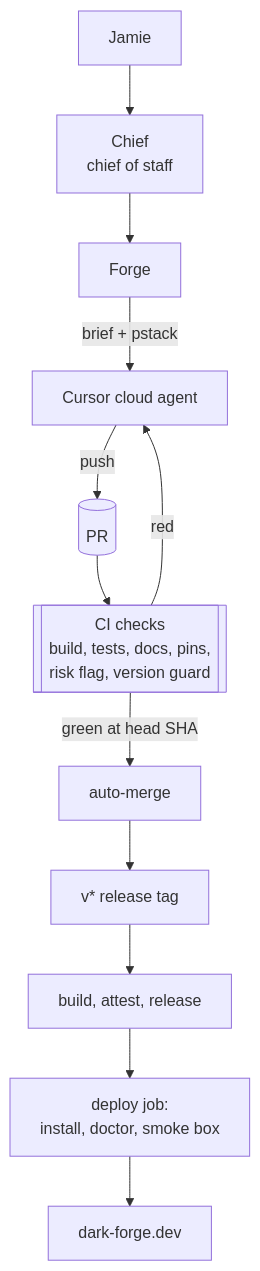
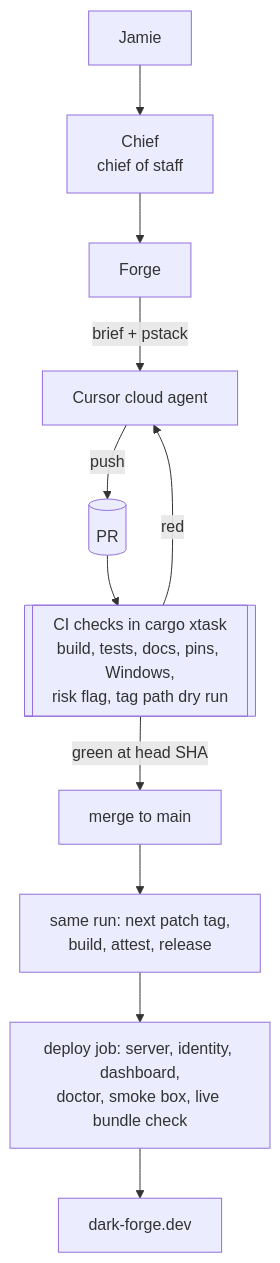
Before and after one commit to Jabbslad/jamie.codes: the second of 3 diagrams in content/posts/grok-bot-agents-prs.md, drawn with Mermaid. The commit also changed other lines of this file and 4 other files, not shown here.

````diff
--- a/content/posts/grok-bot-agents-prs.md
+++ b/content/posts/grok-bot-agents-prs.md
@@ -143,14 +145,13 @@
 ```mermaid
 flowchart TD
   J[Jamie] --> C[Chief<br/>chief of staff]
   C --> F[Forge]
   F -->|brief + pstack| CA[Cursor cloud agent]
   CA -->|push| PR[(PR)]
-  PR --> CI[[CI checks<br/>build, tests, docs, pins,<br/>risk flag, version guard]]
-  CI -->|green at head SHA| AM[auto-merge]
+  PR --> CI[[CI checks in cargo xtask<br/>build, tests, docs, pins, Windows,<br/>risk flag, tag path dry run]]
+  CI -->|green at head SHA| AM[merge to main]
   CI -->|red| CA
-  AM --> T[v* release tag]
-  T --> B[build, attest, release]
-  B --> D[deploy job:<br/>install, doctor, smoke box]
+  AM --> T[same run: next patch tag,<br/>build, attest, release]
+  T --> D[deploy job: server, identity, dashboard,<br/>doctor, smoke box, live bundle check]
   D --> H[dark-forge.dev]
 ```
````
